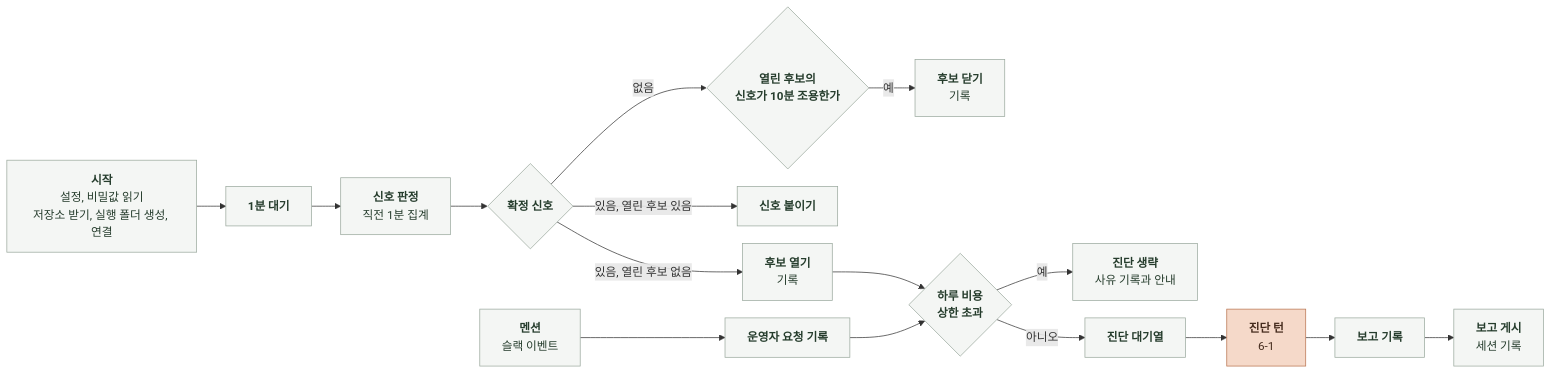
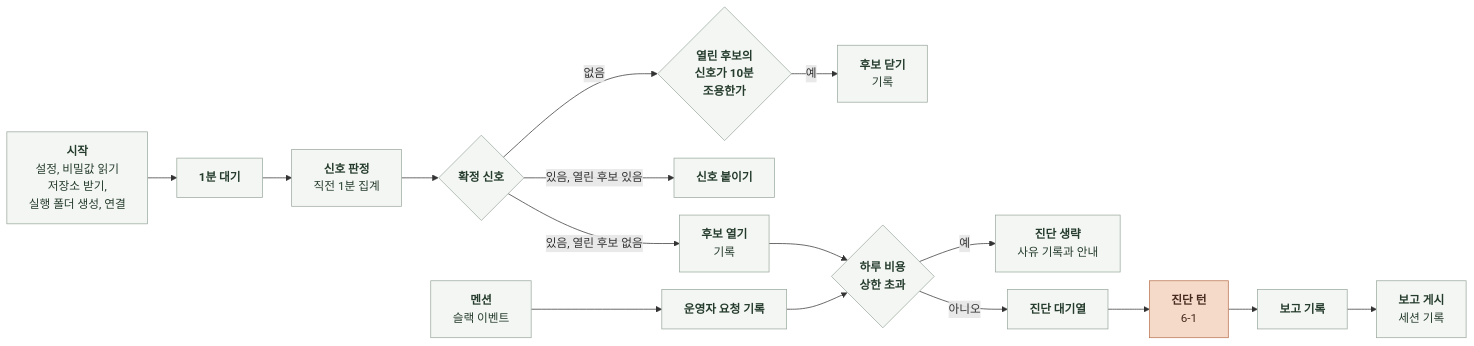
The first of 2 diagrams in docs/domain/OBSERVABILITY/AI/6-2-SOFTWARE-IMPLEMENTATION.md (KIM-N-KANG/knk-harness), drawn with Mermaid before and after one commit. The commit also changed 4 other files, not shown here.

````diff
--- a/docs/domain/OBSERVABILITY/AI/6-2-SOFTWARE-IMPLEMENTATION.md
+++ b/docs/domain/OBSERVABILITY/AI/6-2-SOFTWARE-IMPLEMENTATION.md
@@ -13,34 +13,36 @@
 ```mermaid
 %%{init: {"flowchart": {"curve": "basis", "nodeSpacing": 24, "rankSpacing": 40}}}%%
 flowchart LR
     S["`**시작**
 설정, 비밀값 읽기
-저장소 받기, 실행 폴더 생성, 연결`"] --> C["`**1분 대기**`"]
+저장소 받기,
+실행 폴더 생성, 연결`"] --> C["`**1분 대기**`"]
     C --> D["`**신호 판정**
 직전 1분 집계`"]
     D --> K{"`**확정 신호**`"}
-    K -->|"`있음, 열린 후보 없음`"| N["`**후보 열기**
+    K -->|"`없음`"| X{"`**열린 후보의
+신호가 10분
+조용한가**`"}
+    X -->|"`예`"| Z["`**후보 닫기**
 기록`"]
     K -->|"`있음, 열린 후보 있음`"| A["`**신호 붙이기**`"]
-    K -->|"`없음`"| X{"`**열린 후보의
-신호가 10분 조용한가**`"}
-    X -->|"`예`"| Z["`**후보 닫기**
+    K -->|"`있음, 열린 후보 없음`"| N["`**후보 열기**
 기록`"]
     E["`**멘션**
 슬랙 이벤트`"] --> MN["`**운영자 요청 기록**`"]
     N --> B{"`**하루 비용
 상한 초과**`"}
     MN --> B
     B -->|"`예`"| SK["`**진단 생략**
 사유 기록과 안내`"]
     B -->|"`아니오`"| Q["`**진단 대기열**`"]
     Q --> G["`**진단 턴**
 6-1`"]
     G --> W["`**보고 기록**`"]
     W --> L["`**보고 게시**
 세션 기록`"]
     classDef model fill:#F5D9C9,stroke:#B97450,color:#452B1D
     classDef code fill:#F4F6F4,stroke:#9BA99E,color:#253C2C
     class G model
     class S,C,D,K,X,N,A,Z,E,MN,B,SK,Q,W,L code
 ```
````
